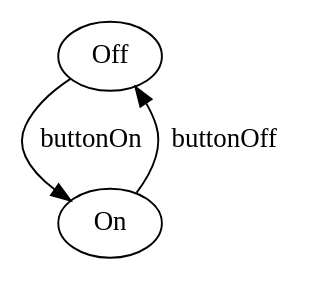
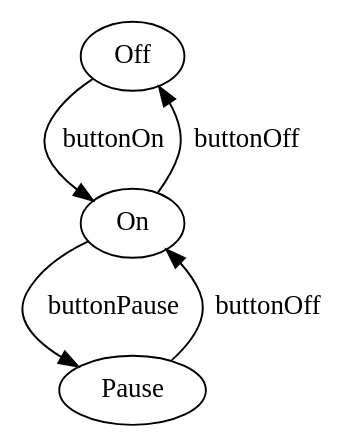
One commit to tpnbolwerk/rascal-ssm changed the diagram in input.dot. Above: the diagram before and after it, drawn with Graphviz. The commit also changed 5 other files, not shown here.

```diff
--- a/input.dot
+++ b/input.dot
@@ -1,10 +1,16 @@
 digraph{
 
 Off->On [ label="buttonOn"];
         
      
 
 On->Off [ label="buttonOff"];
         
+On->Pause [ label="buttonPause"];
+        
+     
+
+Pause->On [ label="buttonOff"];
+        
      
     }
```
